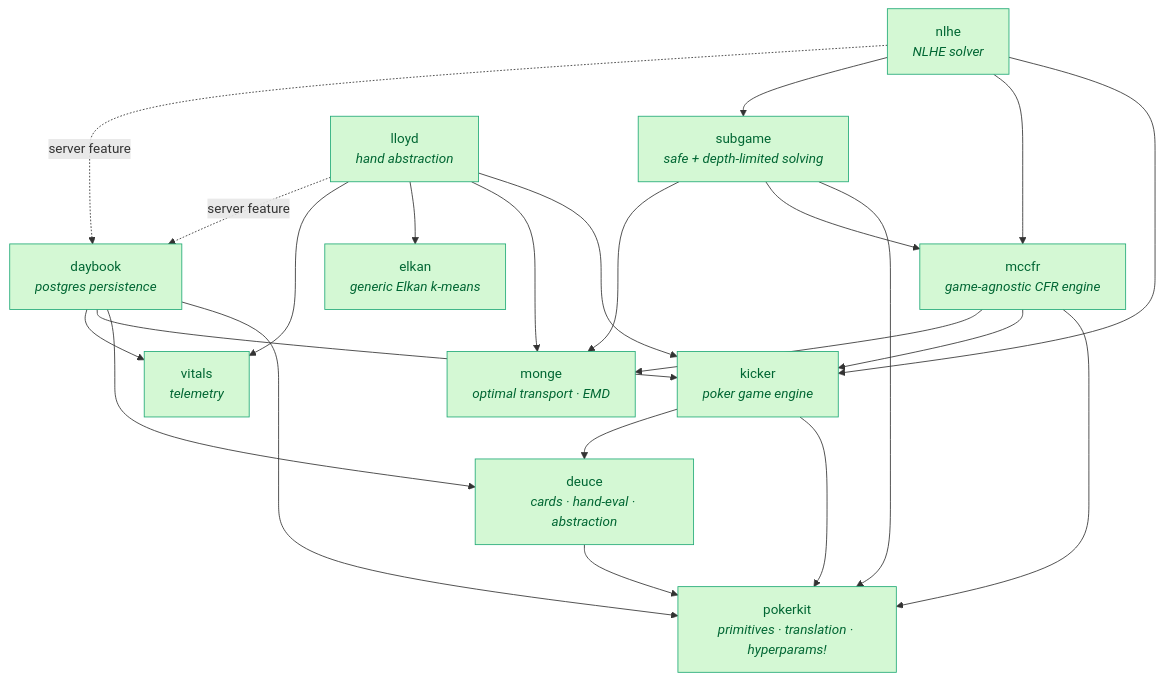
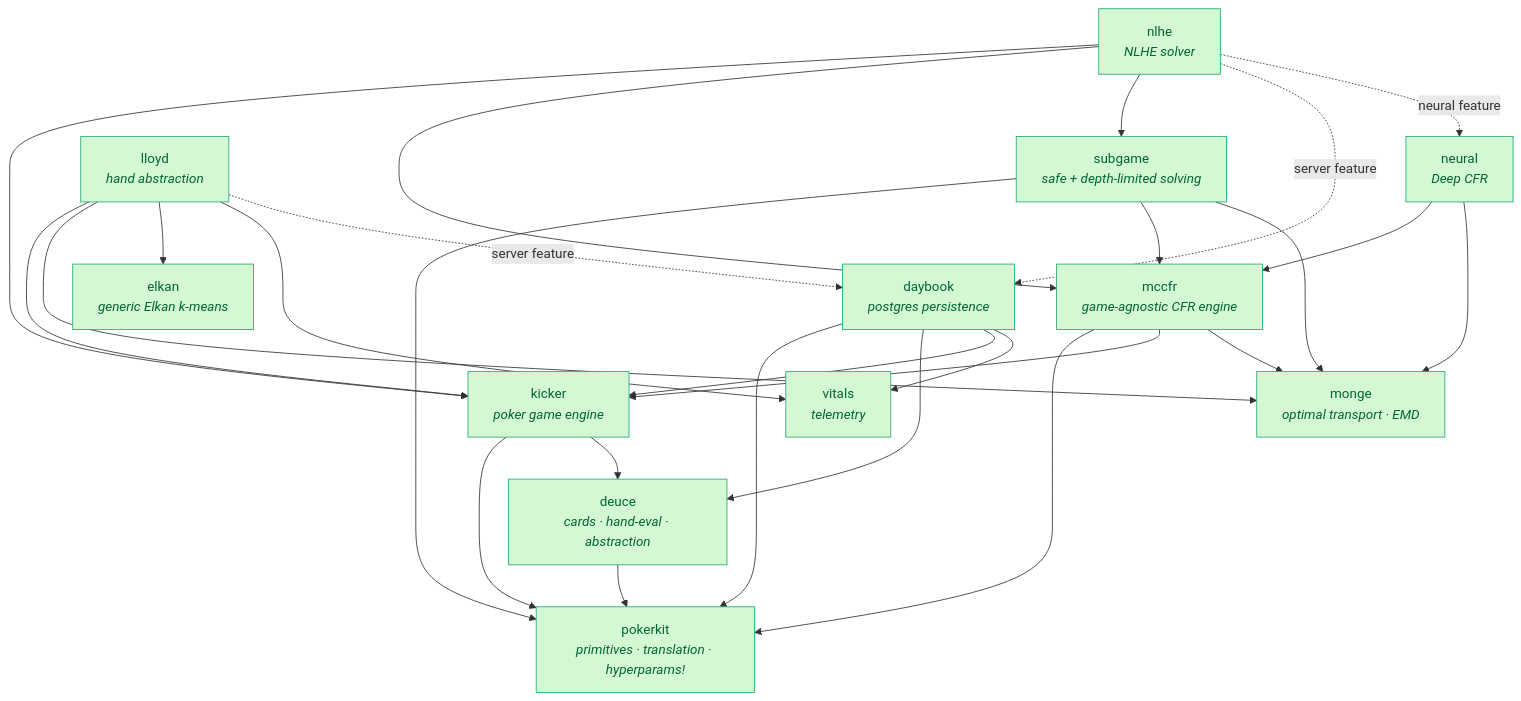
Before and after one commit to krukah/robopoker: the second of 2 diagrams in README.md, drawn with Mermaid. The commit also changed other lines of this file and 73 other files, not shown here.

First line of the commit message:
feat: Deep CFR (neural) and the petri browser demo

````diff
--- a/README.md
+++ b/README.md
@@ -151,40 +151,44 @@
 ```mermaid
 graph TD
   classDef pub fill:#d4f8d4,stroke:#2a7,color:#063
   pokerkit["pokerkit<br/><i>primitives · translation · hyperparams!</i>"]
   deuce["deuce<br/><i>cards · hand-eval · abstraction</i>"]
   monge["monge<br/><i>optimal transport · EMD</i>"]
   kicker["kicker<br/><i>poker game engine</i>"]
   mccfr["mccfr<br/><i>game-agnostic CFR engine</i>"]
   subgame["subgame<br/><i>safe + depth-limited solving</i>"]
   elkan["elkan<br/><i>generic Elkan k-means</i>"]
   vitals["vitals<br/><i>telemetry</i>"]
   daybook["daybook<br/><i>postgres persistence</i>"]
   lloyd["lloyd<br/><i>hand abstraction</i>"]
   nlhe["nlhe<br/><i>NLHE solver</i>"]
+  neural["neural<br/><i>Deep CFR</i>"]
 
   deuce --> pokerkit
   kicker --> pokerkit
   kicker --> deuce
   mccfr --> pokerkit
   mccfr --> kicker
   mccfr --> monge
   subgame --> pokerkit
   subgame --> mccfr
   subgame --> monge
   daybook --> pokerkit
   daybook --> deuce
   daybook --> kicker
   daybook --> vitals
   lloyd --> kicker
   lloyd --> monge
   lloyd --> elkan
   lloyd --> vitals
   nlhe --> kicker
   nlhe --> mccfr
   nlhe --> subgame
+  neural --> mccfr
+  neural --> monge
   nlhe -.->|"server feature"| daybook
+  nlhe -.->|"neural feature"| neural
   lloyd -.->|"server feature"| daybook
 
-  class pokerkit,deuce,monge,kicker,mccfr,subgame,elkan,vitals,daybook,nlhe,lloyd pub
+  class pokerkit,deuce,monge,kicker,mccfr,subgame,neural,elkan,vitals,daybook,nlhe,lloyd pub
 ```
````
